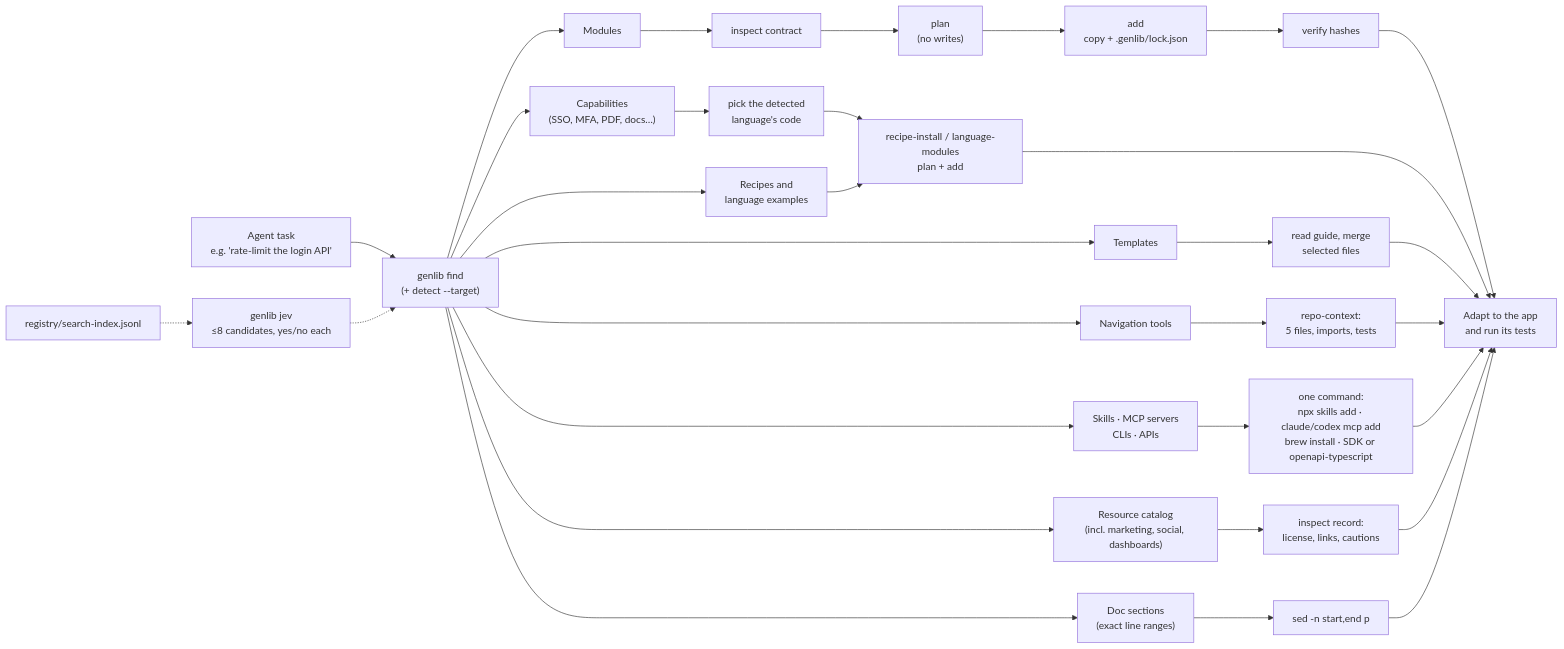
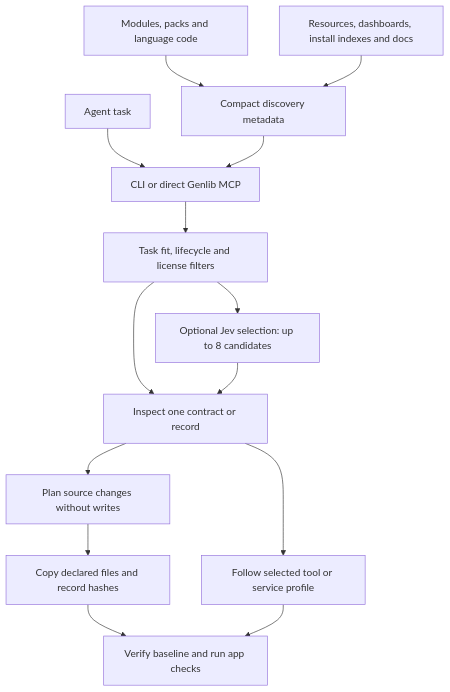
Before and after one commit to athompson83/genlib: the diagram in README.md, drawn with Mermaid. The commit also changed other lines of this file and 404 other files, not shown here.

First line of the commit message:
feat: add integration packs, public API clients and direct Genlib MCP

````diff
--- a/README.md
+++ b/README.md
@@ -53,22 +56,16 @@
 ```mermaid
-flowchart LR
-  Task["Agent task<br/>e.g. 'rate-limit the login API'"] --> Find["genlib find<br/>(+ detect --target)"]
-  Find --> C["Capabilities<br/>(SSO, MFA, PDF, docs…)"]
-  Find --> M["Modules"]
-  Find --> R["Recipes and<br/>language examples"]
-  Find --> T["Templates"]
-  Find --> N["Navigation tools"]
-  Find --> S["Skills · MCP servers<br/>CLIs · APIs"]
-  Find --> X["Resource catalog<br/>(incl. marketing, social, dashboards)"]
-  Find --> D["Doc sections<br/>(exact line ranges)"]
-  Jev["genlib jev<br/>≤8 candidates, yes/no each"] -.-> Find
-  Index["registry/search-index.jsonl"] -.-> Jev
-  M --> Inspect["inspect contract"] --> Plan["plan<br/>(no writes)"] --> Add["add<br/>copy + .genlib/lock.json"] --> Verify["verify hashes"] --> App["Adapt to the app<br/>and run its tests"]
-  C --> Lang["pick the detected<br/>language's code"] --> Copy
-  R --> Copy["recipe-install / language-modules<br/>plan + add"] --> App
-  T --> Merge["read guide, merge<br/>selected files"] --> App
-  N --> Context["repo-context:<br/>5 files, imports, tests"] --> App
-  S --> SkillAdd["one command:<br/>npx skills add · claude/codex mcp add<br/>brew install · SDK or openapi-typescript"] --> App
-  X --> Adopt["inspect record:<br/>license, links, cautions"] --> App
-  D --> Section["sed -n start,end p"] --> App
+flowchart TD
+  Task["Agent task"] --> Entry["CLI or direct Genlib MCP"]
+  Own["Modules, packs and language code"] --> Metadata["Compact discovery metadata"]
+  External["Resources, dashboards, install indexes and docs"] --> Metadata
+  Metadata --> Entry
+  Entry --> Eligible["Task fit, lifecycle and license filters"]
+  Eligible --> Inspect["Inspect one contract or record"]
+  Eligible --> Jev["Optional Jev selection: up to 8 candidates"]
+  Jev --> Inspect
+  Inspect --> Plan["Plan source changes without writes"]
+  Plan --> Copy["Copy declared files and record hashes"]
+  Copy --> Verify["Verify baseline and run app checks"]
+  Inspect --> Setup["Follow selected tool or service profile"]
+  Setup --> Verify
 ```
````
